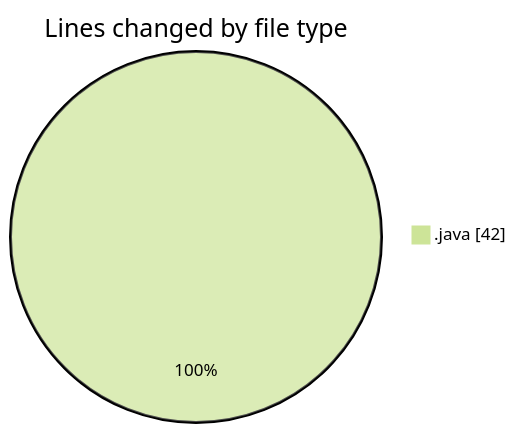
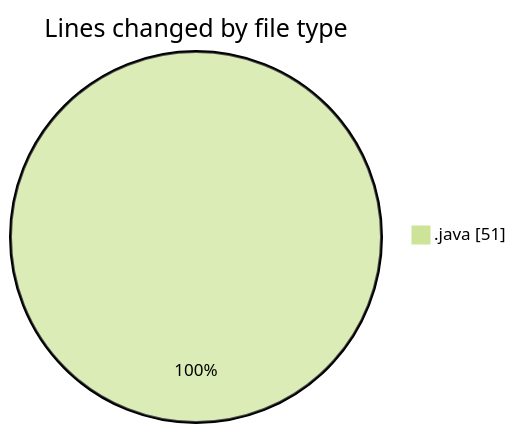
One commit to NitaiMahat/code-tracking changed the first of 2 diagrams in 2025-02-20/coding_prac_6/README.md. Above: the diagram before and after it, drawn with Mermaid (forest theme). The commit also changed other lines of this file and 1 other file, not shown here.

````diff
--- a/2025-02-20/coding_prac_6/README.md
+++ b/2025-02-20/coding_prac_6/README.md
@@ -21,5 +21,5 @@
 ```mermaid
 pie showData
 title Lines changed by file type
-".java" : 42
+".java" : 51
 ```
````
